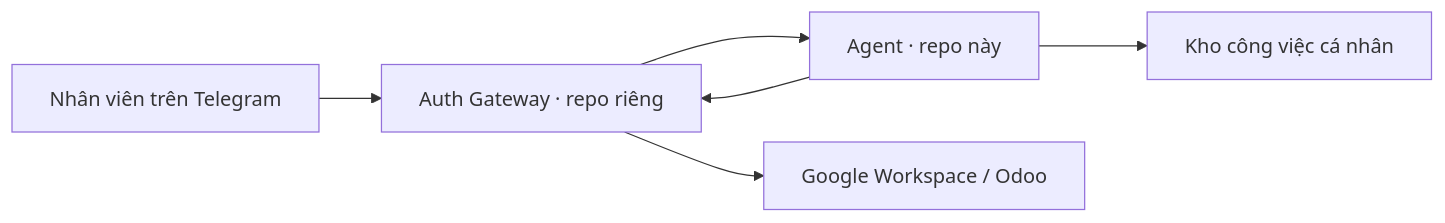
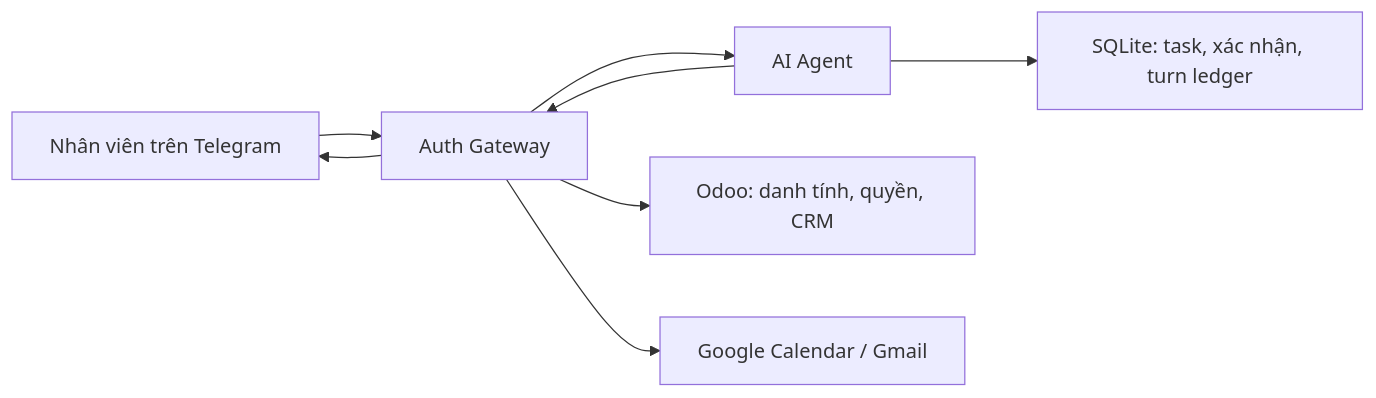
Before and after one commit to giangpt-oss/AI-Agent-Odoo: the diagram in README.md, drawn with Mermaid. The commit also changed other lines of this file and 31 other files, not shown here.

Commit message:
feat(integration): finalize AI Agent integration with Auth Gateway, identity verification, confirmation lifecycle, and idempotency

````diff
--- a/README.md
+++ b/README.md
@@ -30,8 +11,10 @@
 ```mermaid
 flowchart LR
-    U["Nhân viên trên Telegram"] --> G["Auth Gateway · repo riêng"]
-    G --> A["Agent · repo này"]
+    T[Nhân viên trên Telegram] --> G[Auth Gateway]
+    G --> A[AI Agent]
     A --> G
-    G --> E["Google Workspace / Odoo"]
-    A --> T["Kho công việc cá nhân"]
+    G --> O[Odoo: danh tính, quyền, CRM]
+    G --> W[Google Calendar / Gmail]
+    A --> D[SQLite: task, xác nhận, turn ledger]
+    G --> T
 ```
````
